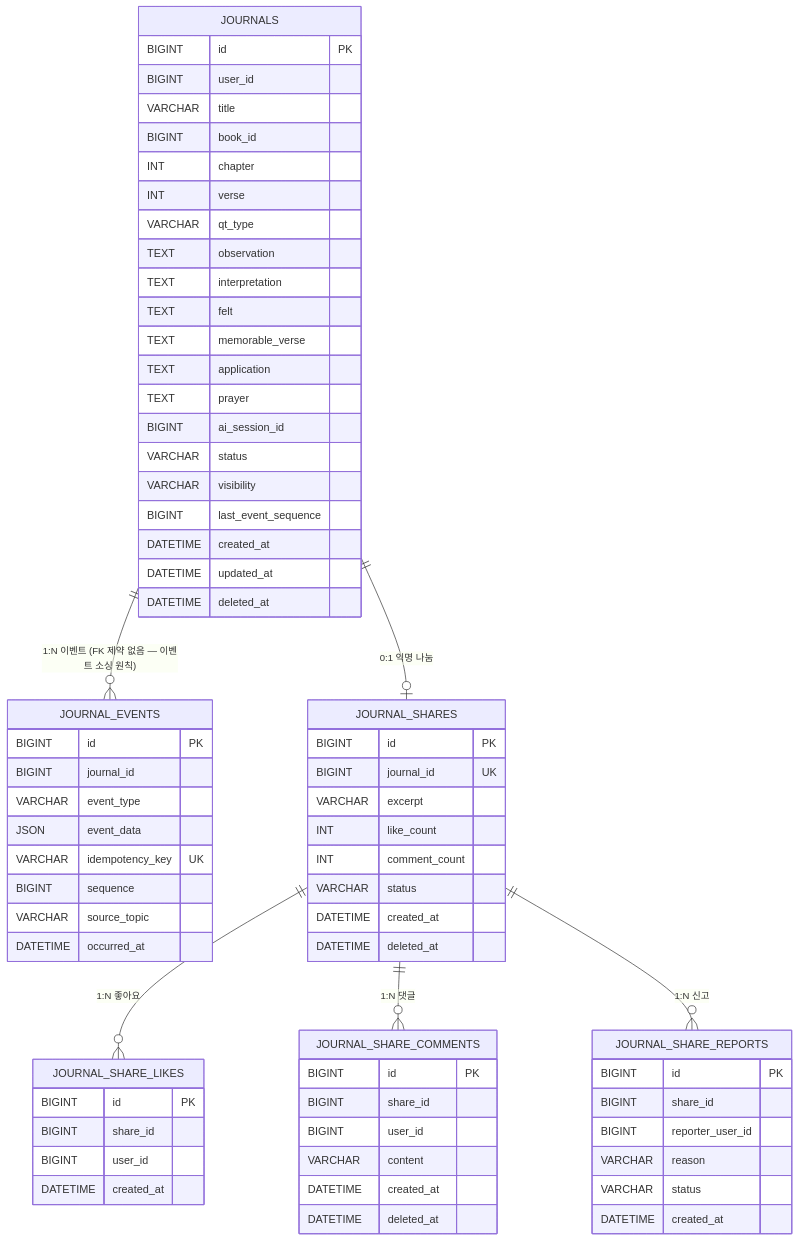
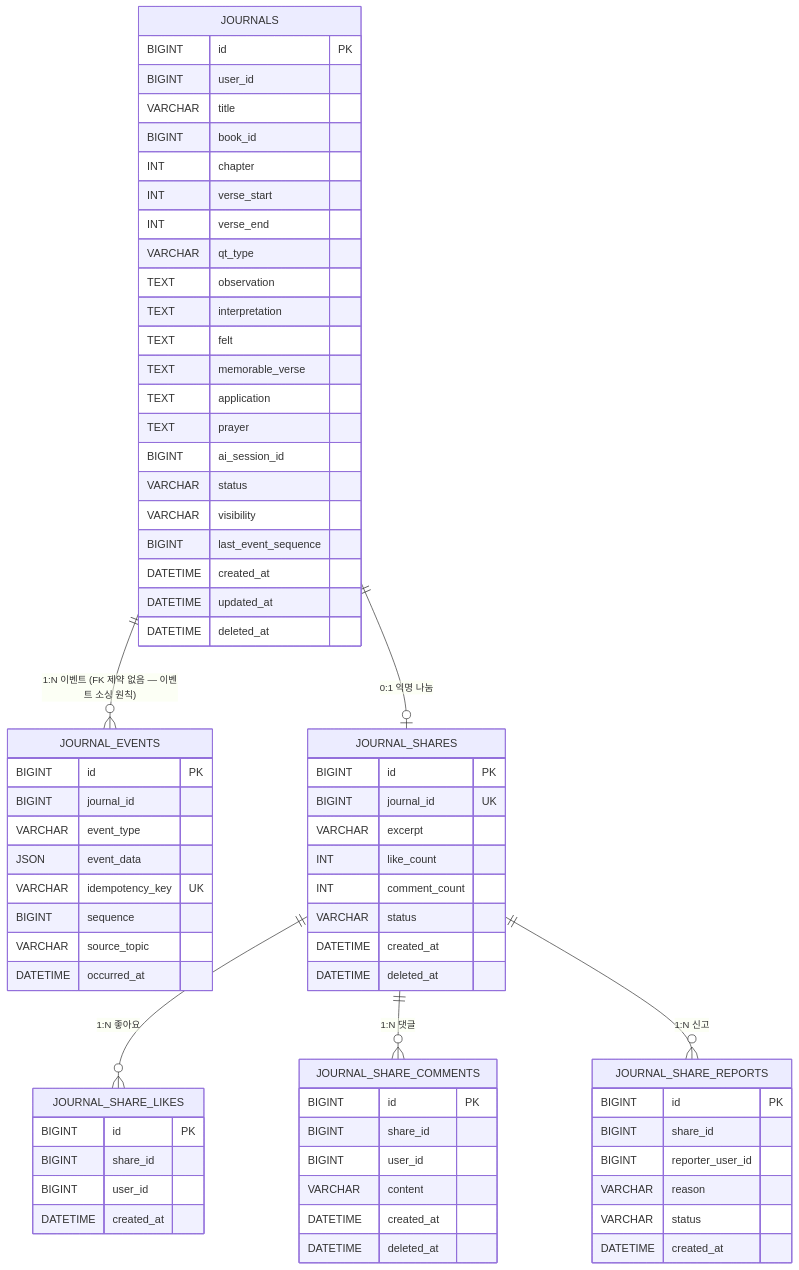
The fourth of 7 diagrams in 02_ERD_문서.md (Tae0072/2nd-Team-Project), drawn with Mermaid before and after one commit. The commit also changed other lines of this file and 28 other files, not shown here.

````diff
--- a/02_ERD_문서.md
+++ b/02_ERD_문서.md
@@ -461,73 +462,74 @@
 ```mermaid
 erDiagram
     JOURNALS ||--o{ JOURNAL_EVENTS : "1:N 이벤트 (FK 제약 없음 — 이벤트 소싱 원칙)"
     JOURNALS ||--o| JOURNAL_SHARES : "0:1 익명 나눔"
     JOURNAL_SHARES ||--o{ JOURNAL_SHARE_LIKES : "1:N 좋아요"
     JOURNAL_SHARES ||--o{ JOURNAL_SHARE_COMMENTS : "1:N 댓글"
     JOURNAL_SHARES ||--o{ JOURNAL_SHARE_REPORTS : "1:N 신고"
 
     JOURNALS {
         BIGINT id PK
         BIGINT user_id
         VARCHAR title
         BIGINT book_id
         INT chapter
-        INT verse
+        INT verse_start
+        INT verse_end
         VARCHAR qt_type
         TEXT observation
         TEXT interpretation
         TEXT felt
         TEXT memorable_verse
         TEXT application
         TEXT prayer
         BIGINT ai_session_id
         VARCHAR status
         VARCHAR visibility
         BIGINT last_event_sequence
         DATETIME created_at
         DATETIME updated_at
         DATETIME deleted_at
     }
     JOURNAL_EVENTS {
         BIGINT id PK
         BIGINT journal_id
         VARCHAR event_type
         JSON event_data
         VARCHAR idempotency_key UK
         BIGINT sequence
         VARCHAR source_topic
         DATETIME occurred_at
     }
     JOURNAL_SHARES {
         BIGINT id PK
         BIGINT journal_id UK
         VARCHAR excerpt
         INT like_count
         INT comment_count
         VARCHAR status
         DATETIME created_at
         DATETIME deleted_at
     }
     JOURNAL_SHARE_LIKES {
         BIGINT id PK
         BIGINT share_id
         BIGINT user_id
         DATETIME created_at
     }
     JOURNAL_SHARE_COMMENTS {
         BIGINT id PK
         BIGINT share_id
         BIGINT user_id
         VARCHAR content
         DATETIME created_at
         DATETIME deleted_at
     }
     JOURNAL_SHARE_REPORTS {
         BIGINT id PK
         BIGINT share_id
         BIGINT reporter_user_id
         VARCHAR reason
         VARCHAR status
         DATETIME created_at
     }
 ```
````
